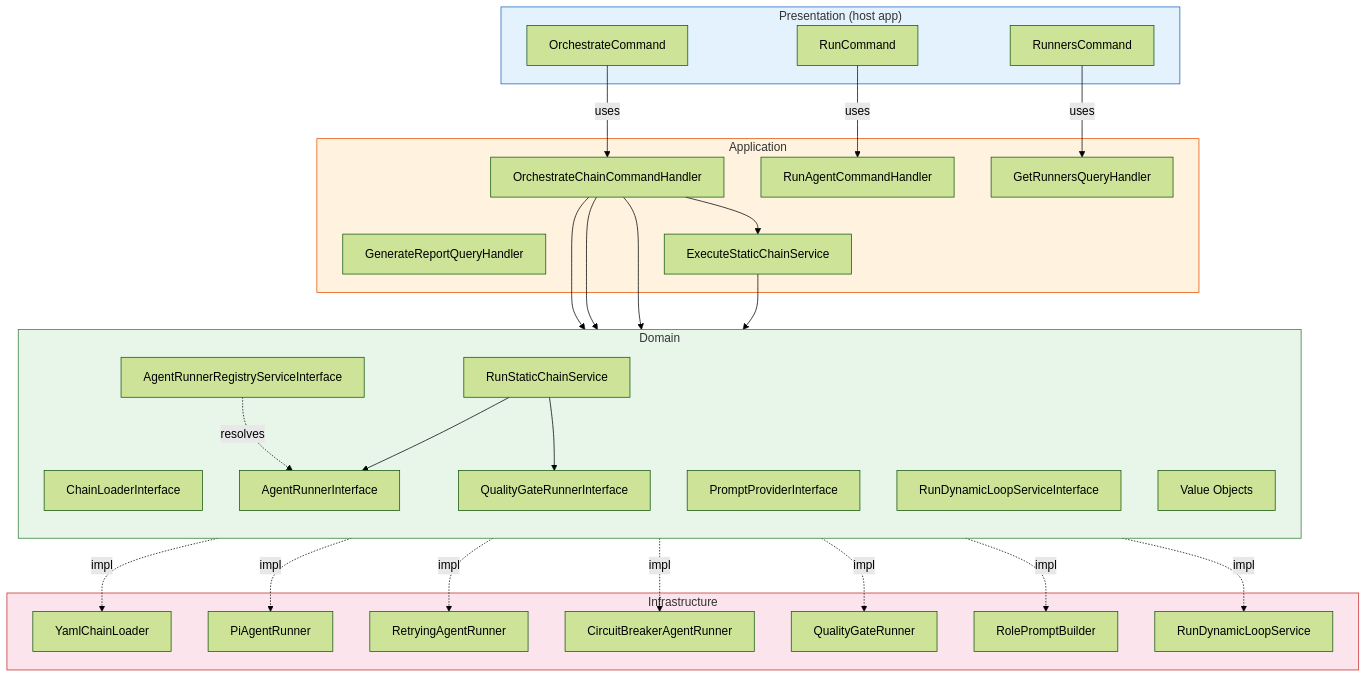
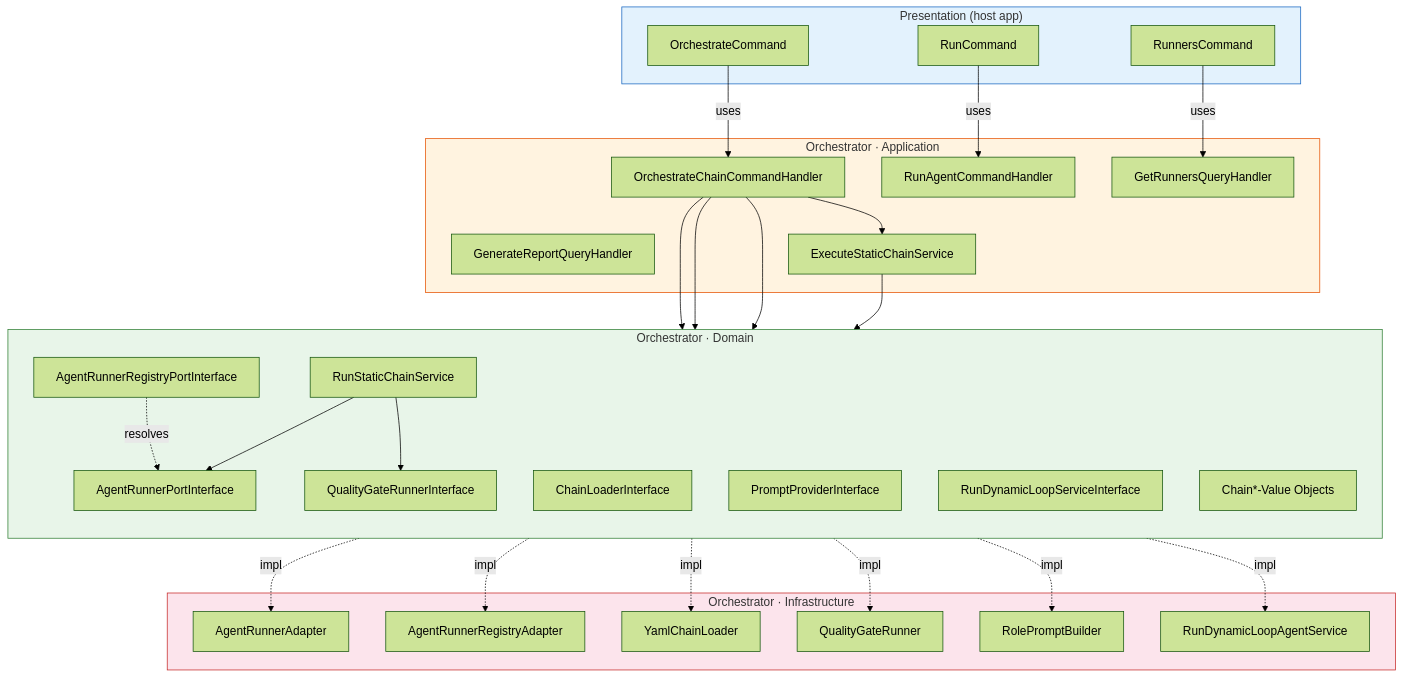
Before and after one commit to prikotov/task-orchestrator: the second of 9 diagrams in docs/guide/diagrams.md, drawn with Mermaid (forest theme). The commit also changed other lines of this file and 166 other files, not shown here.

First line of the commit message:
refactor: decompose Orchestrator module into AgentRunner + Orchestrator with Port/Adapter isolation (#12)

````diff
--- a/docs/guide/diagrams.md
+++ b/docs/guide/diagrams.md
@@ -9,62 +102,60 @@
 ```mermaid
 graph TB
     subgraph Presentation["Presentation (host app)"]
         OC["OrchestrateCommand"]
         RC["RunCommand"]
         RNC["RunnersCommand"]
     end
 
-    subgraph Application["Application"]
+    subgraph Application["Orchestrator · Application"]
         CH["OrchestrateChainCommandHandler"]
         SCH["RunAgentCommandHandler"]
         GRH["GetRunnersQueryHandler"]
         RP["GenerateReportQueryHandler"]
         ESC["ExecuteStaticChainService"]
     end
 
-    subgraph Domain["Domain"]
+    subgraph Domain["Orchestrator · Domain"]
         direction TB
+        PORT["AgentRunnerPortInterface"]
+        REG_PORT["AgentRunnerRegistryPortInterface"]
         CL["ChainLoaderInterface"]
-        AR["AgentRunnerInterface"]
-        REG["AgentRunnerRegistryServiceInterface"]
         PP["PromptProviderInterface"]
         QGI["QualityGateRunnerInterface"]
         RSC["RunStaticChainService"]
         RDLI["RunDynamicLoopServiceInterface"]
-        VO["Value Objects"]
+        VO["Chain*-Value Objects"]
     end
 
-    subgraph Infrastructure["Infrastructure"]
+    subgraph Infrastructure["Orchestrator · Infrastructure"]
+        ADAPTER["AgentRunnerAdapter"]
+        REG_ADAPTER["AgentRunnerRegistryAdapter"]
         YCL["YamlChainLoader"]
-        PI["PiAgentRunner"]
-        RET["RetryingAgentRunner"]
-        CB["CircuitBreakerAgentRunner"]
         QG["QualityGateRunner"]
         RPB["RolePromptBuilder"]
-        RDLS["RunDynamicLoopService"]
+        RDLS["RunDynamicLoopAgentService"]
     end
 
     OC -->|uses| CH
     RC -->|uses| SCH
     RNC -->|uses| GRH
     CH --> ESC
     CH --> CL
-    CH --> REG
+    CH --> REG_PORT
     CH --> RDLI
     ESC --> RSC
-    RSC --> AR
+    RSC --> PORT
     RSC --> QGI
-    REG -.->|resolves| AR
-    AR -.->|impl| PI
-    AR -.->|impl| RET
-    AR -.->|impl| CB
+    REG_PORT -.->|resolves| PORT
+    PORT -.->|impl| ADAPTER
+    REG_PORT -.->|impl| REG_ADAPTER
     CL -.->|impl| YCL
     PP -.->|impl| RPB
     QGI -.->|impl| QG
     RDLI -.->|impl| RDLS
 
     style Presentation fill:#e3f2fd,stroke:#1565c0
     style Application fill:#fff3e0,stroke:#e65100
     style Domain fill:#e8f5e9,stroke:#2e7d32
     style Infrastructure fill:#fce4ec,stroke:#c62828
 ```
````
